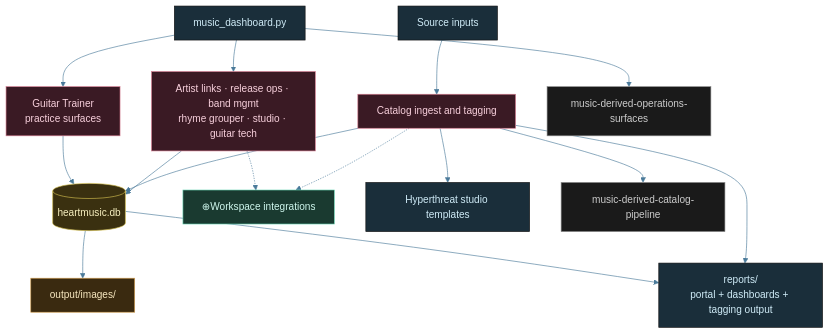
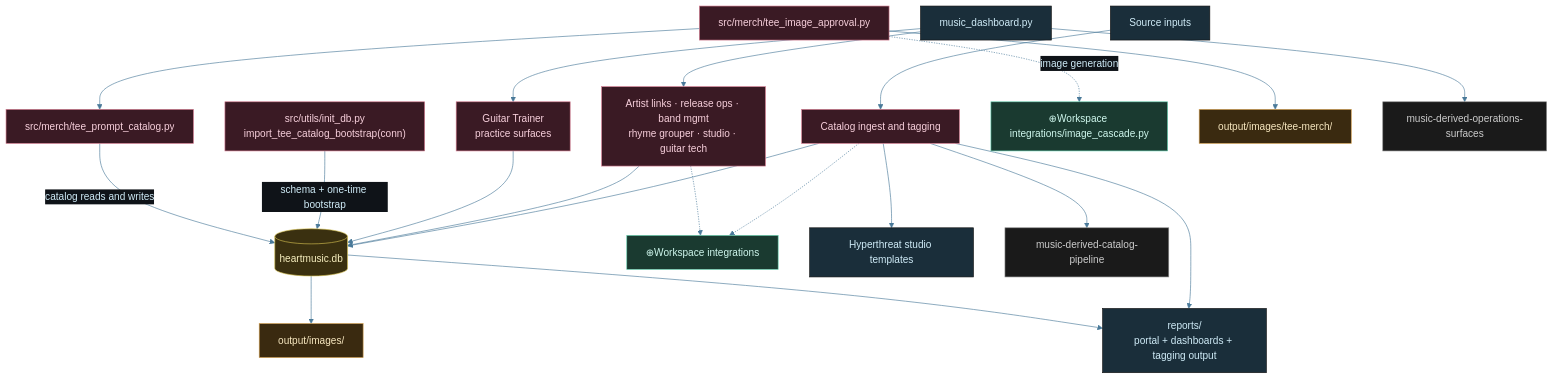
The diagram in diagrams/music-architecture.mmd (tylerdrakemusic/Music), drawn with Mermaid before and after one commit. The commit also changed 4 other files, not shown here.

Commit message:
❤ music: document tee catalog schema and diagrams

```diff
--- a/diagrams/music-architecture.mmd
+++ b/diagrams/music-architecture.mmd
@@ -1,49 +1,62 @@
 %%{init: {'theme': 'base', 'themeVariables': {'primaryColor': '#1a2e3a', 'primaryTextColor': '#d0ecf8', 'edgeLabelBackground': '#0f1318', 'lineColor': '#4a7a9a'}}}%%
 %% is_derived_view=false
 %% Traceability.derived_views: diagrams/music-derived-catalog-pipeline.mmd, diagrams/music-derived-operations-surfaces.mmd
 graph TB
     Inputs[Source inputs]
     CatalogFlow[Catalog ingest and tagging]
     MusicDB[(heartmusic.db)]
     Dashboard[music_dashboard.py]
     Trainer["Guitar Trainer\npractice surfaces"]
     OpsSurfaces["Artist links · release ops · band mgmt\nrhyme grouper · studio · guitar tech"]
     Reports["reports/\nportal + dashboards + tagging output"]
     Workspace["⊕Workspace integrations"]
     Images[output/images/]
+    TeeInitializer["src/utils/init_db.py\nimport_tee_catalog_bootstrap(conn)"]
+    TeeCatalog[src/merch/tee_prompt_catalog.py]
+    TeeApproval[src/merch/tee_image_approval.py]
+    WorkspaceImageCascade["⊕Workspace integrations/image_cascade.py"]
+    TeeImages[output/images/tee-merch/]
     Hyperthreat["Hyperthreat studio templates"]
     DerivedCatalog["music-derived-catalog-pipeline"]
     DerivedOps["music-derived-operations-surfaces"]
     Inputs --> CatalogFlow
     CatalogFlow --> MusicDB
     CatalogFlow --> Reports
     CatalogFlow --> Hyperthreat
     CatalogFlow -.-> Workspace
     CatalogFlow --> DerivedCatalog
     Dashboard --> OpsSurfaces
     Dashboard --> Trainer
     Dashboard --> DerivedOps
     OpsSurfaces --> MusicDB
     Trainer --> MusicDB
     OpsSurfaces -.-> Workspace
     MusicDB --> Images
     MusicDB --> Reports
+    TeeInitializer -->|schema + one-time bootstrap| MusicDB
+    TeeCatalog -->|catalog reads and writes| MusicDB
+    TeeApproval --> TeeCatalog
+    TeeApproval -.->|image generation| WorkspaceImageCascade
+    TeeApproval --> TeeImages
     class Inputs,Reports io
     class CatalogFlow,Trainer,OpsSurfaces music
     class Dashboard,Hyperthreat svc
     class Workspace ws
+    class TeeInitializer,TeeCatalog,TeeApproval music
+    class WorkspaceImageCascade ws
     class Images out
+    class TeeImages out
     class MusicDB db
     class DerivedCatalog,DerivedOps state
 
 classDef life     fill:#1a2e3a,stroke:#6ab4d4,color:#d0ecf8
 classDef music    fill:#3a1a24,stroke:#d47a8f,color:#f8d0dc
 classDef quantum  fill:#251a3a,stroke:#a07adf,color:#e8d0f8
 classDef manifest fill:#3a2e1a,stroke:#d4a96a,color:#f8ead0
 classDef ws       fill:#1a3a30,stroke:#6ad4b4,color:#d0f8ee
 classDef tyler    fill:#2a1a3a,stroke:#9e4aff,color:#fff
 classDef ext      fill:#3a2020,stroke:#ff7a7a,color:#ffd0d0
 classDef db       fill:#3a3010,stroke:#d4c050,color:#f8f0c0
 classDef state    fill:#1a1a1a,stroke:#888888,color:#cccccc
 classDef util     fill:#1a2a3a,stroke:#4a8ab4,color:#c0daf0
 classDef out      fill:#3a2a10,stroke:#d4a050,color:#f8e8c0
```
